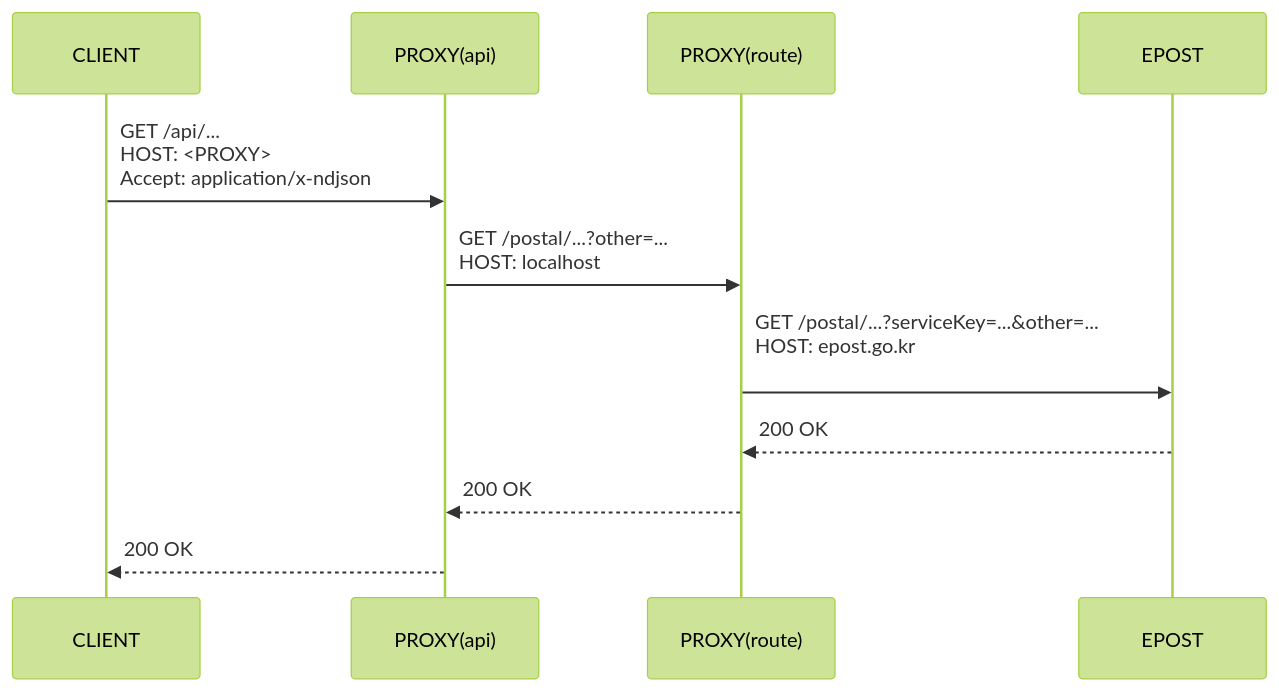
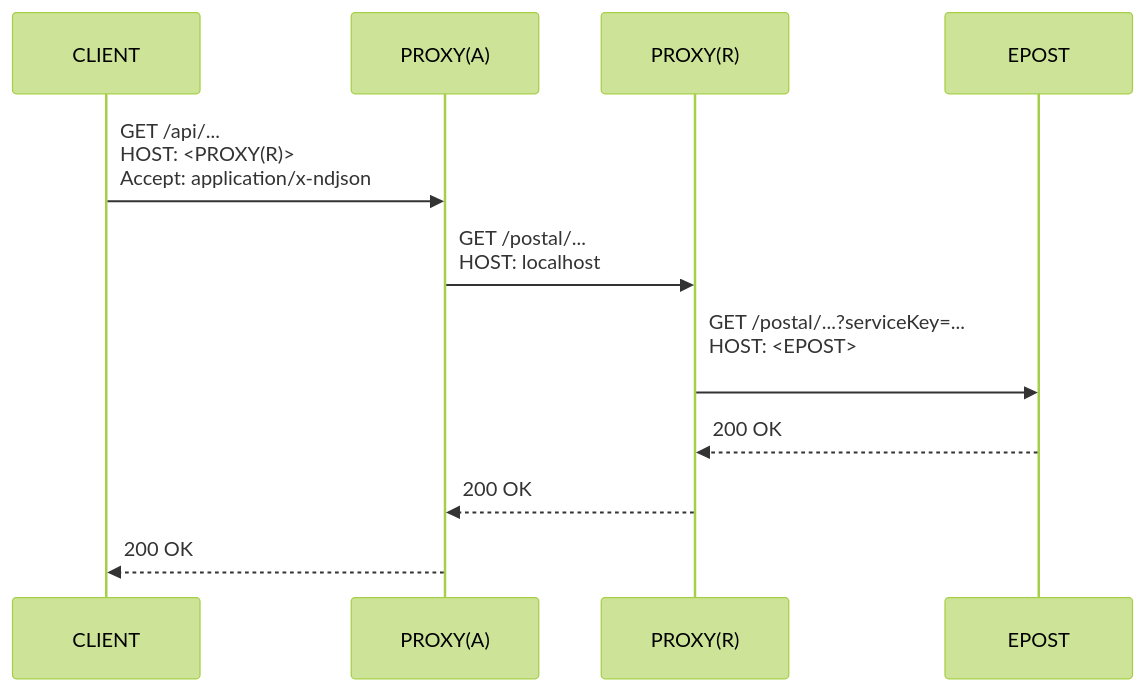
One commit to jinahya/epost-openapi-proxy changed the third of 3 diagrams in README.md. Above: the diagram before and after it, drawn with Mermaid. The commit also changed other lines of this file, not shown here.

````diff
--- a/README.md
+++ b/README.md
@@ -38,21 +38,21 @@
 ```mermaid
 %%{init: {
   'theme': 'forest',
   'themeVariables': {
     'primaryColor': '#BB2528',
     'primaryTextColor': '#fff',
     'background': '#BB2528'
    },
   'sequence': {
     'messageAlign': 'left'
    },
   'fontFamily': 'monospace'
 }}%%
 sequenceDiagram
-  CLIENT ->> PROXY(api): GET /api/...<br>HOST: <PROXY><br>Accept: application/x-ndjson
-  PROXY(api) ->> PROXY(route): GET /postal/...?other=...<br>HOST: localhost
-  PROXY(route) ->> EPOST: GET /postal/...?serviceKey=...&other=...<br>HOST: epost.go.kr<br>
-  EPOST -->> PROXY(route): 200 OK
-  PROXY(route) -->> PROXY(api): 200 OK
-  PROXY(api) -->> CLIENT: 200 OK
+  CLIENT ->> PROXY(A): GET /api/...<br>HOST: <PROXY(R)><br>Accept: application/x-ndjson
+  PROXY(A) ->> PROXY(R): GET /postal/...<br>HOST: localhost
+  PROXY(R) ->> EPOST: GET /postal/...?serviceKey=...<br>HOST: <EPOST><br>
+  EPOST -->> PROXY(R): 200 OK
+  PROXY(R) -->> PROXY(A): 200 OK
+  PROXY(A) -->> CLIENT: 200 OK
 ```
````
